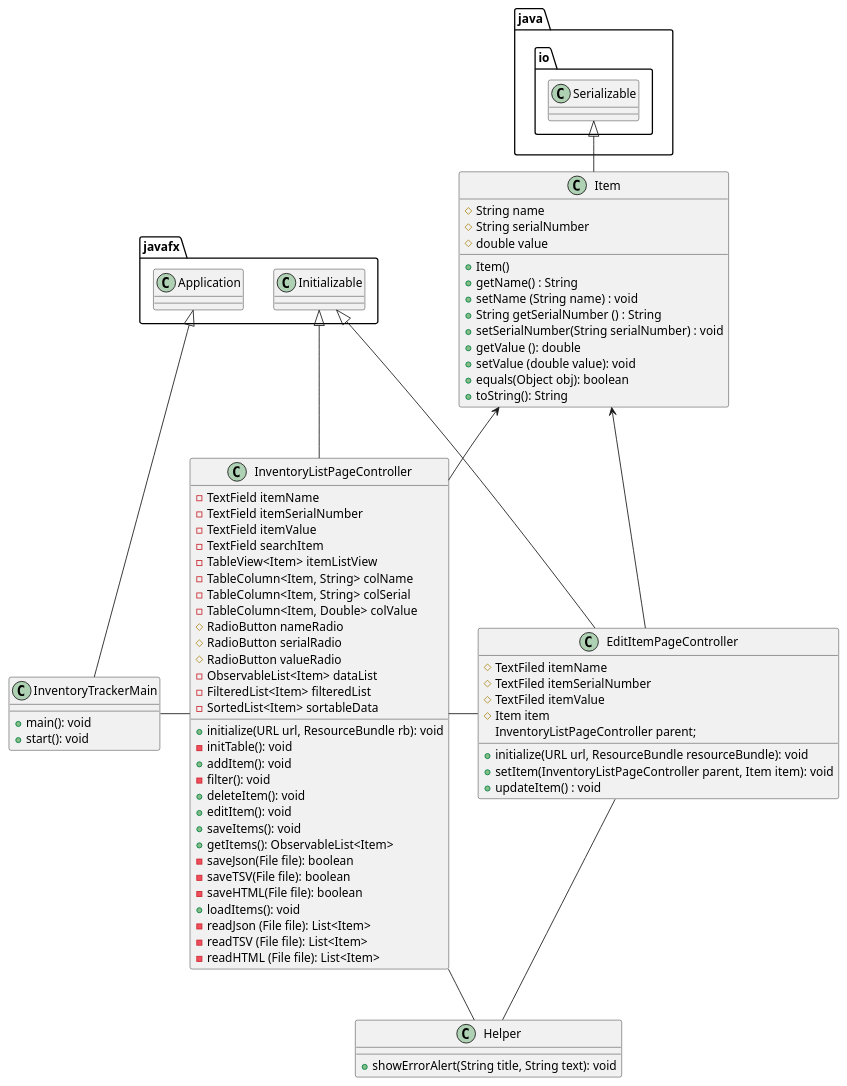
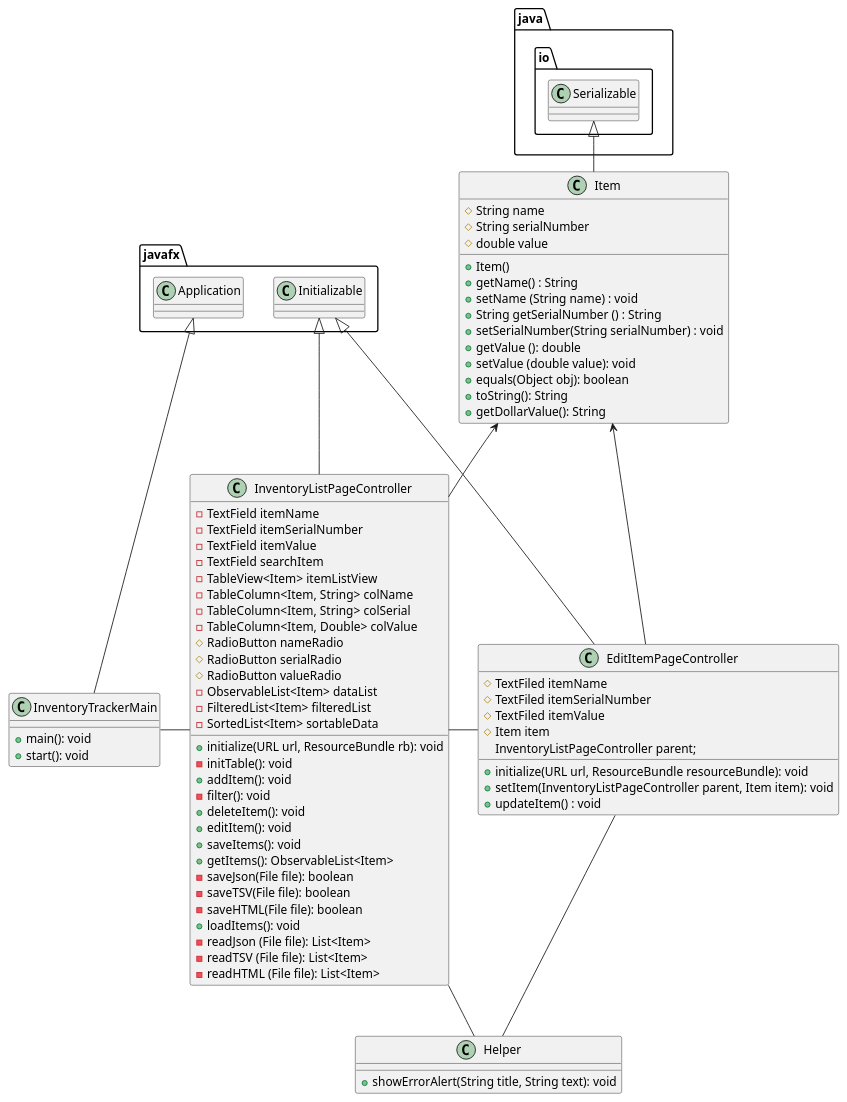
Before and after one commit to SaharaSheik/Sheikholeslami-1631-a5: the diagram in UML/InventoryTrackerApp.puml, drawn with PlantUML.

Commit message:
UML done

```diff
--- a/UML/InventoryTrackerApp.puml
+++ b/UML/InventoryTrackerApp.puml
@@ -1,100 +1,101 @@
 @startuml
 'https://plantuml.com/sequence-diagram
 
 
 class InventoryTrackerMain{
    + main(): void
    + start(): void
 }
 
 class Item{
  #String name
  #String serialNumber
  #double value
 
 +Item()
 + getName() : String
 + setName (String name) : void
 + String getSerialNumber () : String
 + setSerialNumber(String serialNumber) : void
 + getValue (): double
 + setValue (double value): void
 + equals(Object obj): boolean
 + toString(): String
++ getDollarValue(): String
 }
 
 
 class InventoryListPageController {
 -TextField itemName
 -TextField itemSerialNumber
 -TextField itemValue
 -TextField searchItem
 -TableView<Item> itemListView
 -TableColumn<Item, String> colName
 -TableColumn<Item, String> colSerial
 -TableColumn<Item, Double> colValue
 #RadioButton nameRadio
 #RadioButton serialRadio
 #RadioButton valueRadio
 -ObservableList<Item> dataList
 -FilteredList<Item> filteredList
 -SortedList<Item> sortableData
 
 +initialize(URL url, ResourceBundle rb): void
 -initTable(): void
 +addItem(): void
 -filter(): void
 +deleteItem(): void
 +editItem(): void
 +saveItems(): void
 +getItems(): ObservableList<Item>
 -saveJson(File file): boolean
 -saveTSV(File file): boolean
 -saveHTML(File file): boolean
 +loadItems(): void
 -readJson (File file): List<Item>
 -readTSV (File file): List<Item>
 -readHTML (File file): List<Item>
 
 }
 
 
 class EditItemPageController {
 
 #TextFiled itemName
 #TextFiled itemSerialNumber
 #TextFiled itemValue
 #Item item
 InventoryListPageController parent;
 +initialize(URL url, ResourceBundle resourceBundle): void
 +setItem(InventoryListPageController parent, Item item): void
 +updateItem() : void
 
 }
 
 
 class Helper{
 +showErrorAlert(String title, String text): void
 
 }
 
 
 
 javafx.Application <|-- InventoryTrackerMain
 InventoryTrackerMain - InventoryListPageController
 java.io.Serializable<|--Item
 javafx.Initializable<|--InventoryListPageController
 javafx.Initializable<|--EditItemPageController
 Item<-InventoryListPageController
 Item<--EditItemPageController
 
 
 InventoryListPageController-EditItemPageController
 
 InventoryListPageController-- Helper
 EditItemPageController -- Helper
 
 
 
 
 @enduml
```
